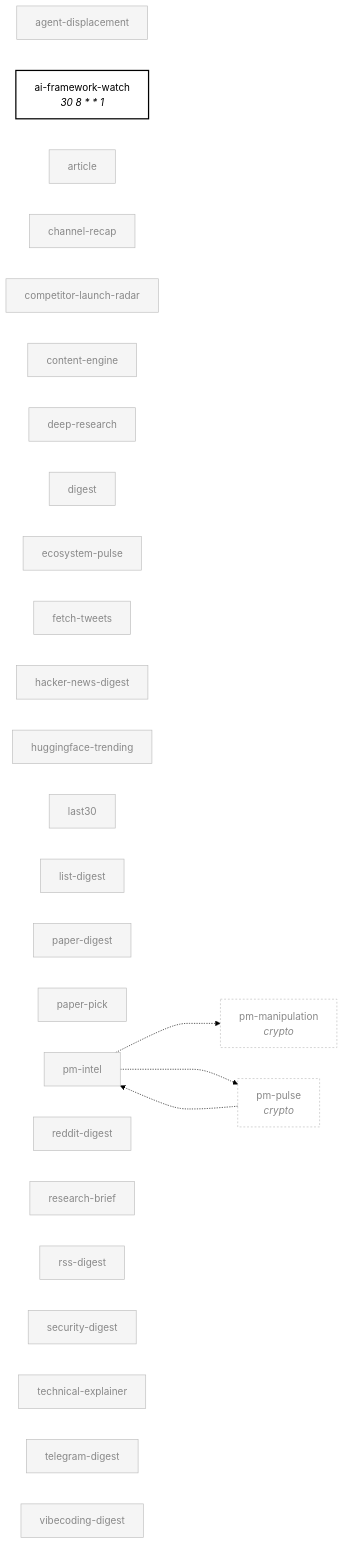
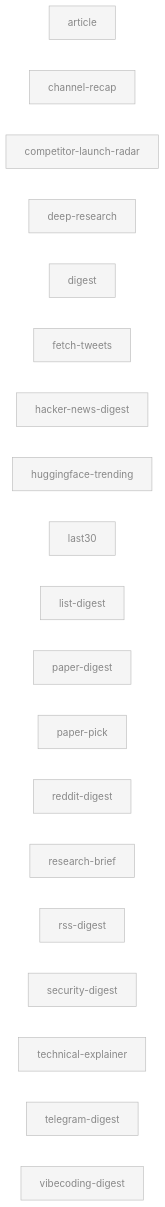
The third of 8 diagrams in docs/skill-graph.md (swarm-ai-research/aeon), drawn with Mermaid (forest theme) before and after one commit. The commit also changed other lines of this file and 2 other files, not shown here.

First line of the commit message:
docs(skill-graph): regenerate map (SKILL_GRAPH_NEW — 172 skills, 43 enabled)

````diff
--- a/docs/skill-graph.md
+++ b/docs/skill-graph.md
@@ -76,64 +76,45 @@
 ```mermaid
 flowchart LR
     classDef enabled fill:#fff,stroke:#000,stroke-width:2px,color:#000
     classDef disabled fill:#f5f5f5,stroke:#bbb,color:#888
     classDef external fill:none,stroke:#bbb,stroke-dasharray:3 3,color:#888
-    agent-displacement["agent-displacement"]
-    ai-framework-watch["ai-framework-watch<br/><i>30 8 * * 1</i>"]
     article["article"]
     channel-recap["channel-recap"]
     competitor-launch-radar["competitor-launch-radar"]
-    content-engine["content-engine"]
     deep-research["deep-research"]
     digest["digest"]
-    ecosystem-pulse["ecosystem-pulse"]
     fetch-tweets["fetch-tweets"]
     hacker-news-digest["hacker-news-digest"]
     huggingface-trending["huggingface-trending"]
     last30["last30"]
     list-digest["list-digest"]
     paper-digest["paper-digest"]
     paper-pick["paper-pick"]
-    pm-intel["pm-intel"]
     reddit-digest["reddit-digest"]
     research-brief["research-brief"]
     rss-digest["rss-digest"]
     security-digest["security-digest"]
     technical-explainer["technical-explainer"]
     telegram-digest["telegram-digest"]
     vibecoding-digest["vibecoding-digest"]
-    pm-manipulation["pm-manipulation<br/><i>crypto</i>"]
-    pm-pulse["pm-pulse<br/><i>crypto</i>"]
-    pm-intel -..-> pm-manipulation
-    pm-intel -..-> pm-pulse
-    pm-pulse -..-> pm-intel
-    click agent-displacement "../skills/agent-displacement/SKILL.md"
-    click ai-framework-watch "../skills/ai-framework-watch/SKILL.md"
     click article "../skills/article/SKILL.md"
     click channel-recap "../skills/channel-recap/SKILL.md"
     click competitor-launch-radar "../skills/competitor-launch-radar/SKILL.md"
-    click content-engine "../skills/content-engine/SKILL.md"
     click deep-research "../skills/deep-research/SKILL.md"
     click digest "../skills/digest/SKILL.md"
-    click ecosystem-pulse "../skills/ecosystem-pulse/SKILL.md"
     click fetch-tweets "../skills/fetch-tweets/SKILL.md"
     click hacker-news-digest "../skills/hacker-news-digest/SKILL.md"
     click huggingface-trending "../skills/huggingface-trending/SKILL.md"
     click last30 "../skills/last30/SKILL.md"
     click list-digest "../skills/list-digest/SKILL.md"
     click paper-digest "../skills/paper-digest/SKILL.md"
     click paper-pick "../skills/paper-pick/SKILL.md"
-    click pm-intel "../skills/pm-intel/SKILL.md"
     click reddit-digest "../skills/reddit-digest/SKILL.md"
     click research-brief "../skills/research-brief/SKILL.md"
     click rss-digest "../skills/rss-digest/SKILL.md"
     click security-digest "../skills/security-digest/SKILL.md"
     click technical-explainer "../skills/technical-explainer/SKILL.md"
     click telegram-digest "../skills/telegram-digest/SKILL.md"
     click vibecoding-digest "../skills/vibecoding-digest/SKILL.md"
-    click pm-manipulation "../skills/pm-manipulation/SKILL.md"
-    click pm-pulse "../skills/pm-pulse/SKILL.md"
-    class ai-framework-watch enabled
-    class agent-displacement,article,channel-recap,competitor-launch-radar,content-engine,deep-research,digest,ecosystem-pulse,fetch-tweets,hacker-news-digest,huggingface-trending,last30,list-digest,paper-digest,paper-pick,pm-intel,reddit-digest,research-brief,rss-digest,security-digest,technical-explainer,telegram-digest,vibecoding-digest disabled
-    class pm-manipulation,pm-pulse external
+    class article,channel-recap,competitor-launch-radar,deep-research,digest,fetch-tweets,hacker-news-digest,huggingface-trending,last30,list-digest,paper-digest,paper-pick,reddit-digest,research-brief,rss-digest,security-digest,technical-explainer,telegram-digest,vibecoding-digest disabled
 ```
````
